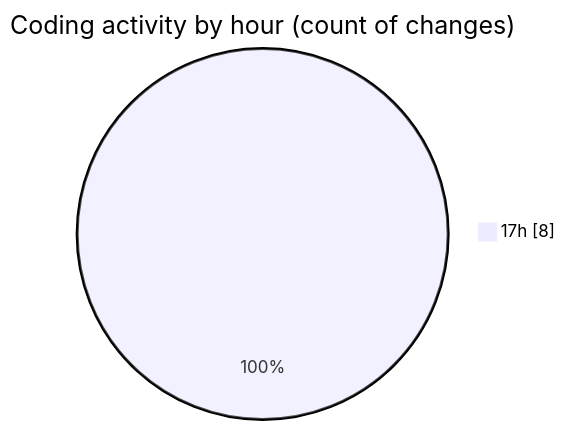
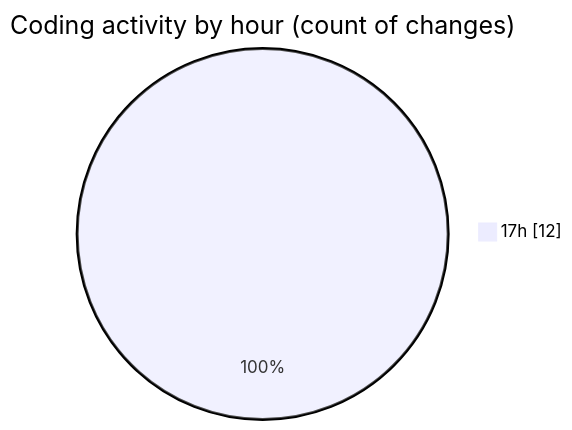
The second of 2 diagrams in 2026-08-27/immersive_codes/README.md (Unknowalive/code-tracking), drawn with Mermaid before and after one commit. The commit also changed other lines of this file and 1 other file, not shown here.

````diff
--- a/2026-08-27/immersive_codes/README.md
+++ b/2026-08-27/immersive_codes/README.md
@@ -28,5 +28,5 @@
 ```mermaid
 pie showData
 title Coding activity by hour (count of changes)
-"17h" : 8
+"17h" : 12
 ```
````
